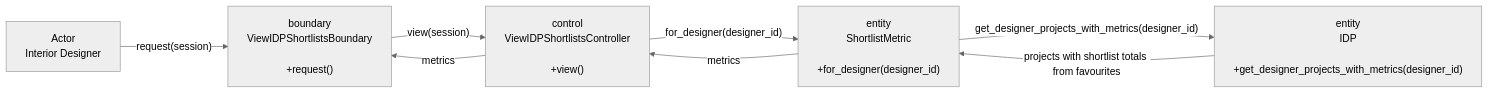
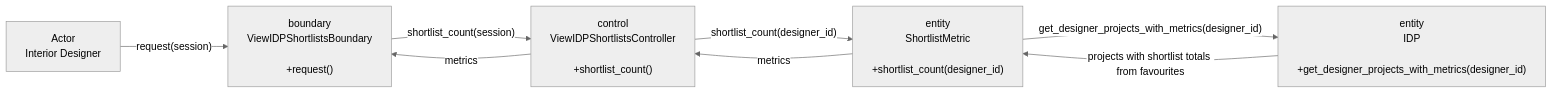
One commit to boyinapuddle/CSIT314-Chinese changed the first of 2 diagrams in diagrams/US38_View_IDP_Shortlist_Count/README.md. Above: the diagram before and after it, drawn with Mermaid (neutral theme). The commit also changed other lines of this file and 140 other files, not shown here.

Commit message:
made controller and entity method names the same

````diff
--- a/diagrams/US38_View_IDP_Shortlist_Count/README.md
+++ b/diagrams/US38_View_IDP_Shortlist_Count/README.md
@@ -5,15 +5,15 @@
 ```mermaid
 flowchart LR
     N0["Actor<br/>Interior Designer"]
     N1["boundary<br/>ViewIDPShortlistsBoundary<br/><br/>+request()"]
-    N2["control<br/>ViewIDPShortlistsController<br/><br/>+view()"]
-    N3["entity<br/>ShortlistMetric<br/><br/>+for_designer(designer_id)"]
+    N2["control<br/>ViewIDPShortlistsController<br/><br/>+shortlist_count()"]
+    N3["entity<br/>ShortlistMetric<br/><br/>+shortlist_count(designer_id)"]
     N4["entity<br/>IDP<br/><br/>+get_designer_projects_with_metrics(designer_id)"]
     N0 -->|"request(session)"| N1
-    N1 -->|"view(session)"| N2
-    N2 -->|"for_designer(designer_id)"| N3
+    N1 -->|"shortlist_count(session)"| N2
+    N2 -->|"shortlist_count(designer_id)"| N3
     N3 -->|"get_designer_projects_with_metrics(designer_id)"| N4
     N4 -->|"projects with shortlist totals from favourites"| N3
     N3 -->|"metrics"| N2
     N2 -->|"metrics"| N1
 ```
````
